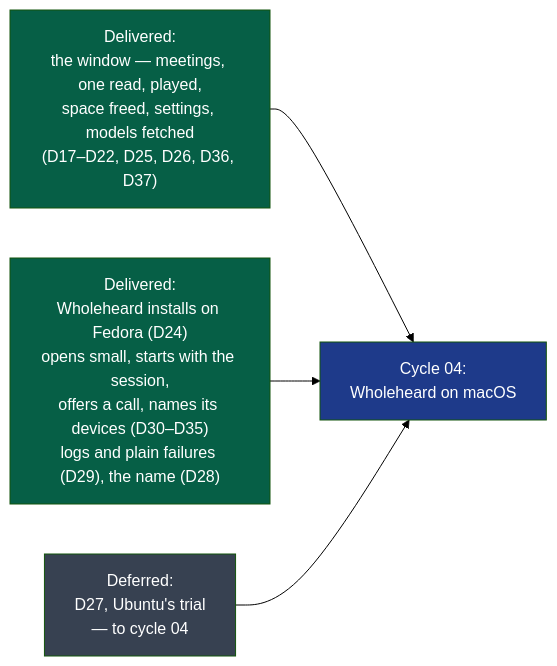
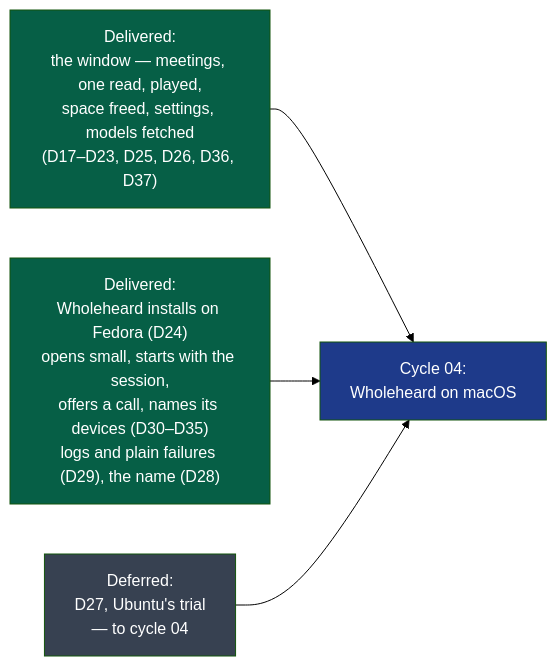
The third of 3 diagrams in docs/project/cycles/03-the-window.md (NapkinStack/wholeheard), drawn with Mermaid (forest theme) before and after one commit. The commit also changed other lines of this file and 5 other files, not shown here.

````diff
--- a/docs/project/cycles/03-the-window.md
+++ b/docs/project/cycles/03-the-window.md
@@ -890,12 +891,12 @@
 ```mermaid
 flowchart LR
-    A["Delivered:<br/>the window — meetings, one read, played,<br/>space freed, settings, models fetched<br/>(D17–D22, D25, D26, D36, D37)"]:::done
+    A["Delivered:<br/>the window — meetings, one read, played,<br/>space freed, settings, models fetched<br/>(D17–D23, D25, D26, D36, D37)"]:::done
     B["Delivered:<br/>Wholeheard installs on Fedora (D24)<br/>opens small, starts with the session,<br/>offers a call, names its devices (D30–D35)<br/>logs and plain failures (D29), the name (D28)"]:::done
     C["Deferred:<br/>D27, Ubuntu's trial<br/>— to cycle 04"]:::open
     A --> D["Cycle 04:<br/>Wholeheard on macOS"]:::next
     B --> D
     C --> D
     classDef done fill:#065f46,color:#fff
     classDef open fill:#374151,color:#fff
     classDef next fill:#1e3a8a,color:#fff
 ```
````
